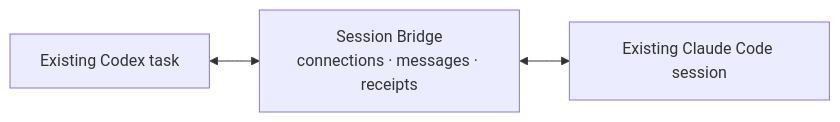
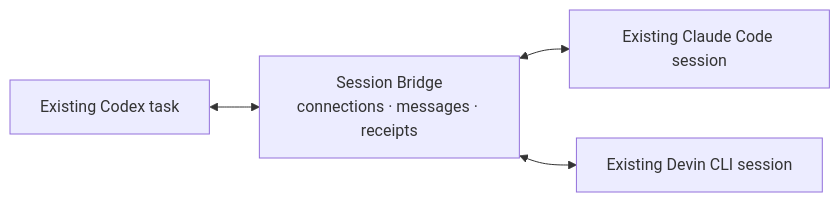
The diagram in README.md (ItamarRocha/session-bridge), drawn with Mermaid before and after one commit. The commit also changed other lines of this file and 38 other files, not shown here.

Commit message:
Add experimental Devin CLI session support

````diff
--- a/README.md
+++ b/README.md
@@ -9,5 +9,6 @@
 ```mermaid
 flowchart LR
     Codex["Existing Codex task"] <--> Bridge["Session Bridge<br/>connections · messages · receipts"]
     Bridge <--> Claude["Existing Claude Code session"]
+    Bridge <--> Devin["Existing Devin CLI session"]
 ```
````
